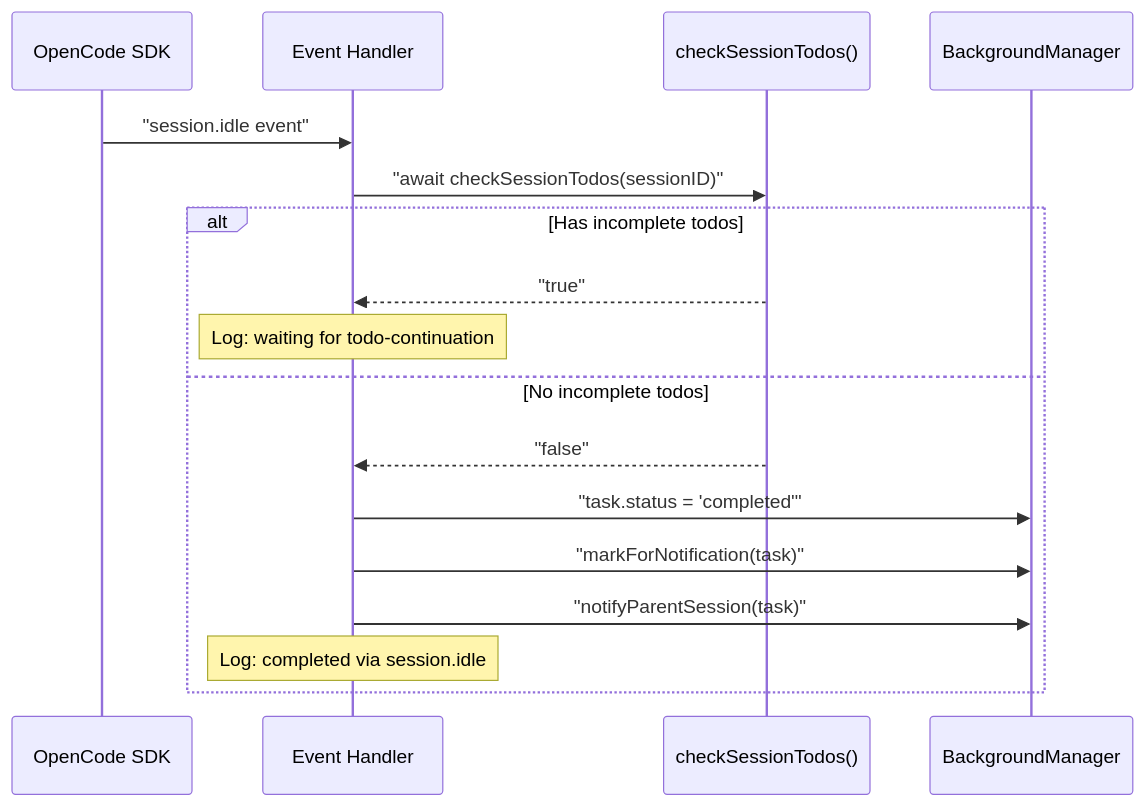
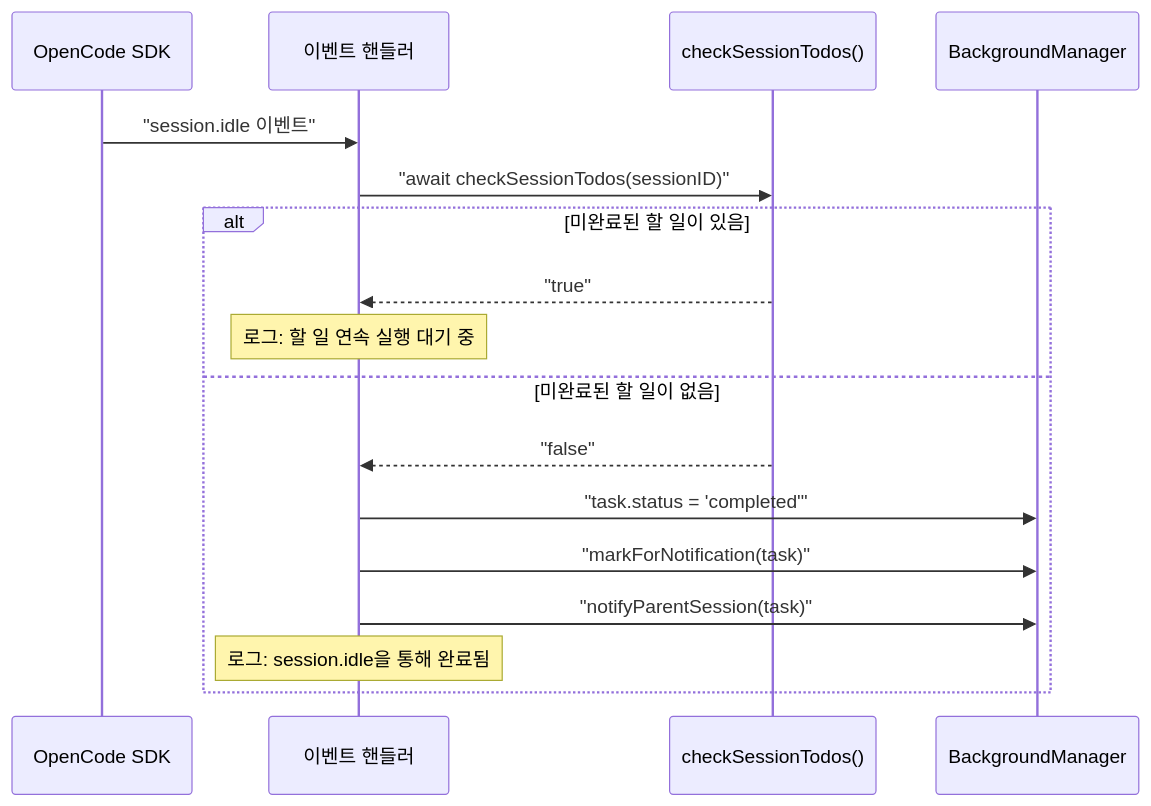
The ninth of 14 diagrams in docs/background-execution/task-execution-and-polling.md (felipetruman/oh-my-opencode-docs), drawn with Mermaid before and after one commit. The commit also changed other lines of this file and 76 other files, not shown here.

````diff
--- a/docs/background-execution/task-execution-and-polling.md
+++ b/docs/background-execution/task-execution-and-polling.md
@@ -351,20 +351,20 @@
 ```mermaid
 sequenceDiagram
   participant p1 as OpenCode SDK
-  participant p2 as Event Handler
+  participant p2 as 이벤트 핸들러
   participant p3 as checkSessionTodos()
   participant p4 as BackgroundManager
 
-  p1->>p2: "session.idle event"
+  p1->>p2: "session.idle 이벤트"
   p2->>p3: "await checkSessionTodos(sessionID)"
-  alt Has incomplete todos
+  alt 미완료된 할 일이 있음
     p3-->>p2: "true"
-    note over p2: Log: waiting for todo-continuation
-  else No incomplete todos
+    note over p2: 로그: 할 일 연속 실행 대기 중
+  else 미완료된 할 일이 없음
     p3-->>p2: "false"
     p2->>p4: "task.status = 'completed'"
     p2->>p4: "markForNotification(task)"
     p2->>p4: "notifyParentSession(task)"
-    note over p2: Log: completed via session.idle
+    note over p2: 로그: session.idle을 통해 완료됨
   end
 ```
````
